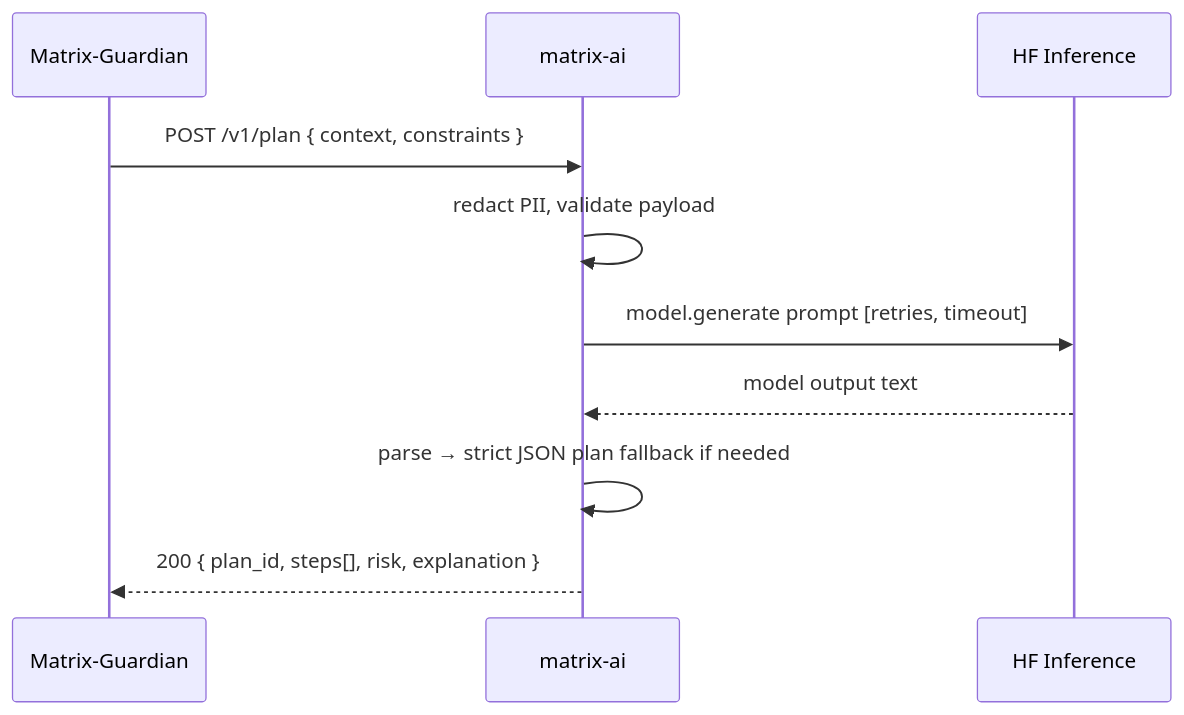
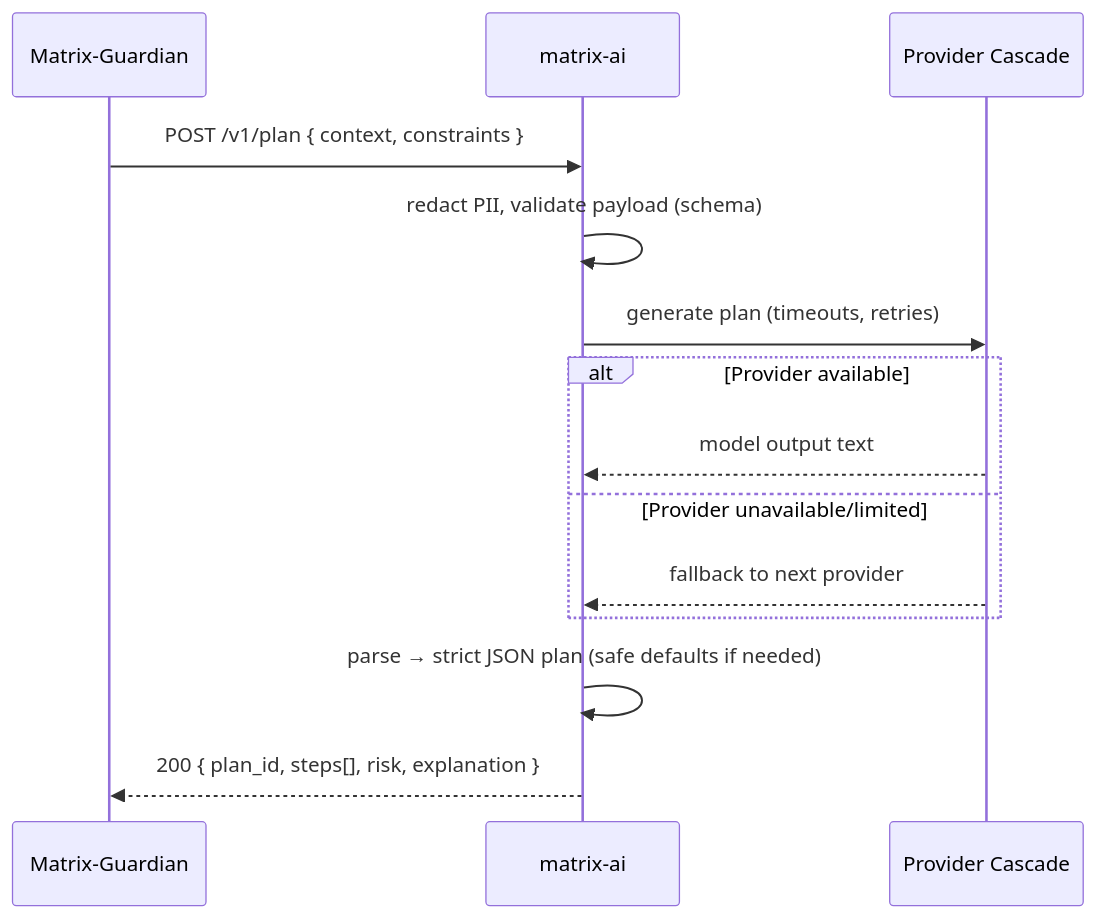
One commit to agent-matrix/matrix-ai changed the second of 3 diagrams in README.md. Above: the diagram before and after it, drawn with Mermaid. The commit also changed other lines of this file, not shown here.

````diff
--- a/README.md
+++ b/README.md
@@ -57,13 +71,18 @@
 ```mermaid
 sequenceDiagram
-  participant G as Matrix‑Guardian
-  participant A as matrix‑ai
-  participant H as HF Inference
+    participant G as Matrix-Guardian
+    participant A as matrix-ai
+    participant P as Provider Cascade
 
-  G->>A: POST /v1/plan { context, constraints }
-  A->>A: redact PII, validate payload
-  A->>H: model.generate prompt [retries, timeout]
-  H-->>A: model output text
-  A->>A: parse → strict JSON plan fallback if needed
-  A-->>G: 200 { plan_id, steps[], risk, explanation }
+    G->>A: POST /v1/plan { context, constraints }
+    A->>A: redact PII, validate payload (schema)
+    A->>P: generate plan (timeouts, retries)
+    alt Provider available
+        P-->>A: model output text
+    else Provider unavailable/limited
+        P-->>A: fallback to next provider
+    end
+    A->>A: parse → strict JSON plan (safe defaults if needed)
+    A-->>G: 200 { plan_id, steps[], risk, explanation }
+
 ```
````
